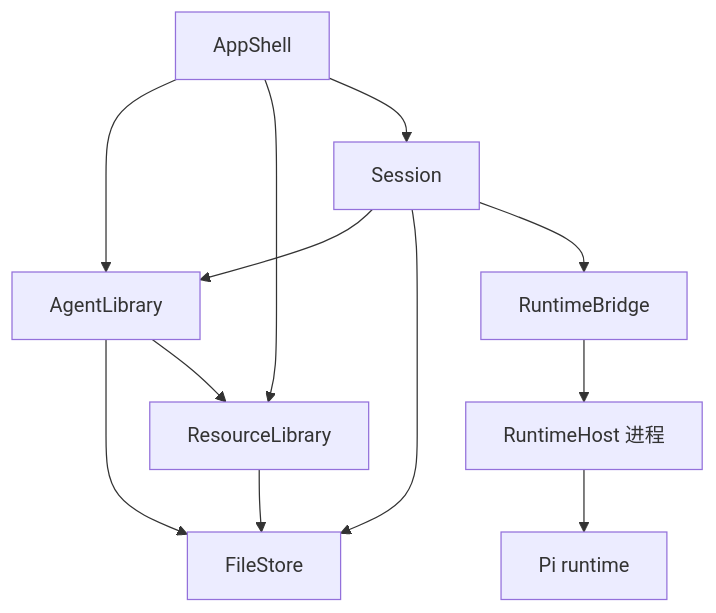
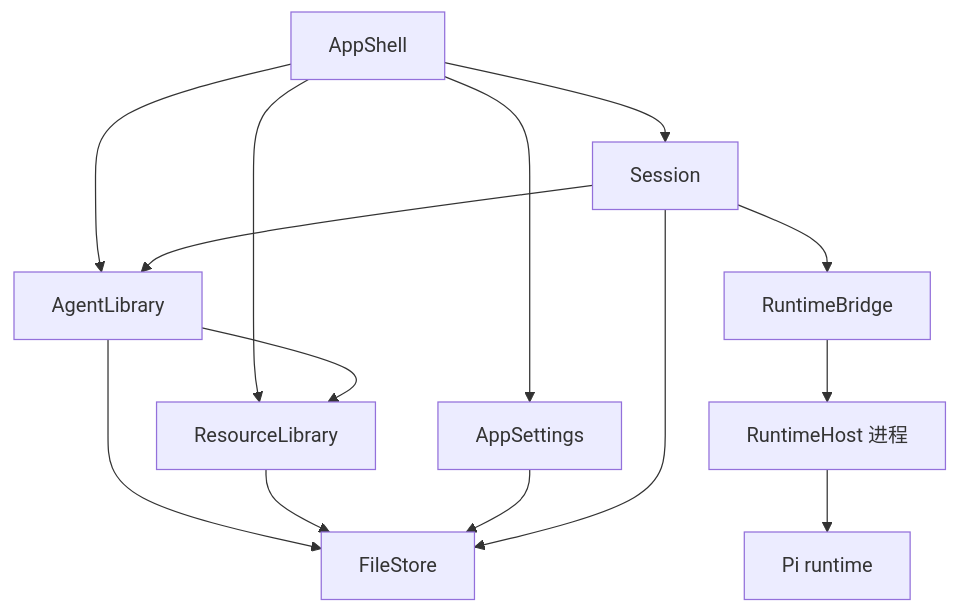
Before and after one commit to acezhx/agent-mac: the second of 2 diagrams in doc/technical-design.md, drawn with Mermaid. The commit also changed other lines of this file and 25 other files, not shown here.

````diff
--- a/doc/technical-design.md
+++ b/doc/technical-design.md
@@ -571,18 +603,21 @@
 ```mermaid
 flowchart TD
     AppShell["AppShell"] --> AgentLibrary["AgentLibrary"]
     AppShell --> ResourceLibrary["ResourceLibrary"]
+    AppShell --> AppSettings["AppSettings"]
     AppShell --> Session["Session"]
 
     AgentLibrary --> FileStore["FileStore"]
     AgentLibrary --> ResourceLibrary
 
     ResourceLibrary --> FileStore
+
+    AppSettings --> FileStore
 
     Session --> AgentLibrary
     Session --> FileStore
     Session --> RuntimeBridge["RuntimeBridge"]
 
     RuntimeBridge --> RuntimeHost["RuntimeHost 进程"]
     RuntimeHost --> Pi["Pi runtime"]
 ```
````
